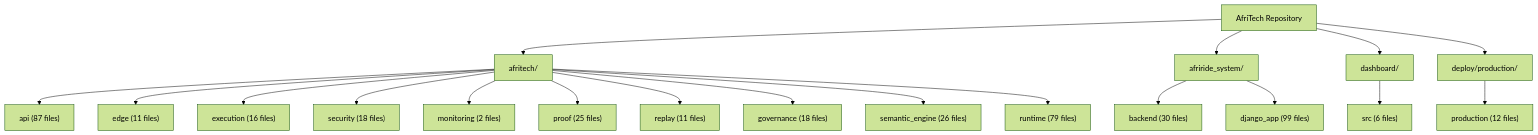
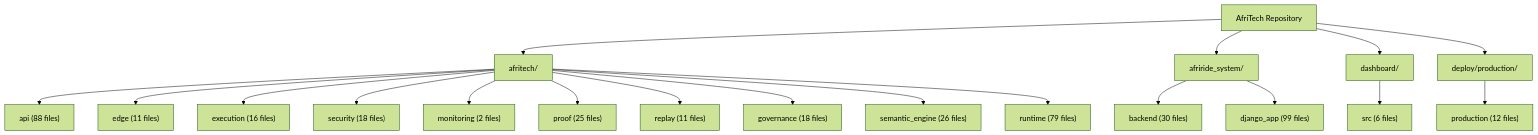
Before and after one commit to Strelly2023/afritelematics: the second of 2 diagrams in docs/architecture/AFRITECH_FULL_ARCHITECTURE_GRAPH.md, drawn with Mermaid (forest theme). The commit also changed other lines of this file and 15 other files, not shown here.

Commit message:
Add NERA framework and enterprise architecture models

````diff
--- a/docs/architecture/AFRITECH_FULL_ARCHITECTURE_GRAPH.md
+++ b/docs/architecture/AFRITECH_FULL_ARCHITECTURE_GRAPH.md
@@ -64,23 +64,23 @@
 ```mermaid
 flowchart TD
     Root["AfriTech Repository"] --> Core["afritech/"]
     Root --> Ride["afriride_system/"]
     Root --> Ui["dashboard/"]
     Root --> Deploy["deploy/production/"]
 
-    Core --> Api["api (87 files)"]
+    Core --> Api["api (88 files)"]
     Core --> Edge["edge (11 files)"]
     Core --> Execution["execution (16 files)"]
     Core --> Security["security (18 files)"]
     Core --> Monitoring["monitoring (2 files)"]
     Core --> Proof["proof (25 files)"]
     Core --> Replay["replay (11 files)"]
     Core --> Governance["governance (18 files)"]
     Core --> Semantic["semantic_engine (26 files)"]
     Core --> Runtime["runtime (79 files)"]
 
     Ride --> Backend["backend (30 files)"]
     Ride --> Django["django_app (99 files)"]
     Ui --> Dashboard["src (6 files)"]
     Deploy --> Production["production (12 files)"]
 ```
````
